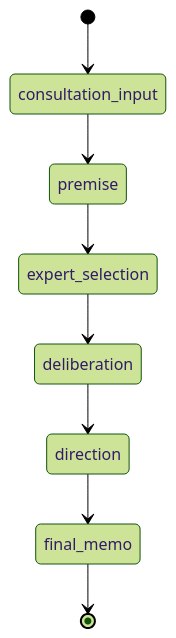
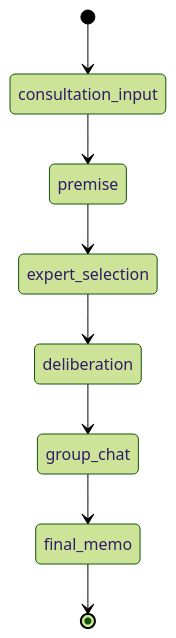
One commit to takemasa5/choice-council changed the diagram in docs/design/state-machine.md. Above: the diagram before and after it, drawn with Mermaid (forest theme). The commit also changed other lines of this file and 14 other files, not shown here.

Commit message:
docs: specify guided group chat flow

````diff
--- a/docs/design/state-machine.md
+++ b/docs/design/state-machine.md
@@ -18,10 +18,10 @@
 ```mermaid
 stateDiagram-v2
   [*] --> consultation_input
   consultation_input --> premise
   premise --> expert_selection
   expert_selection --> deliberation
-  deliberation --> direction
-  direction --> final_memo
+  deliberation --> group_chat
+  group_chat --> final_memo
   final_memo --> [*]
 ```
````
